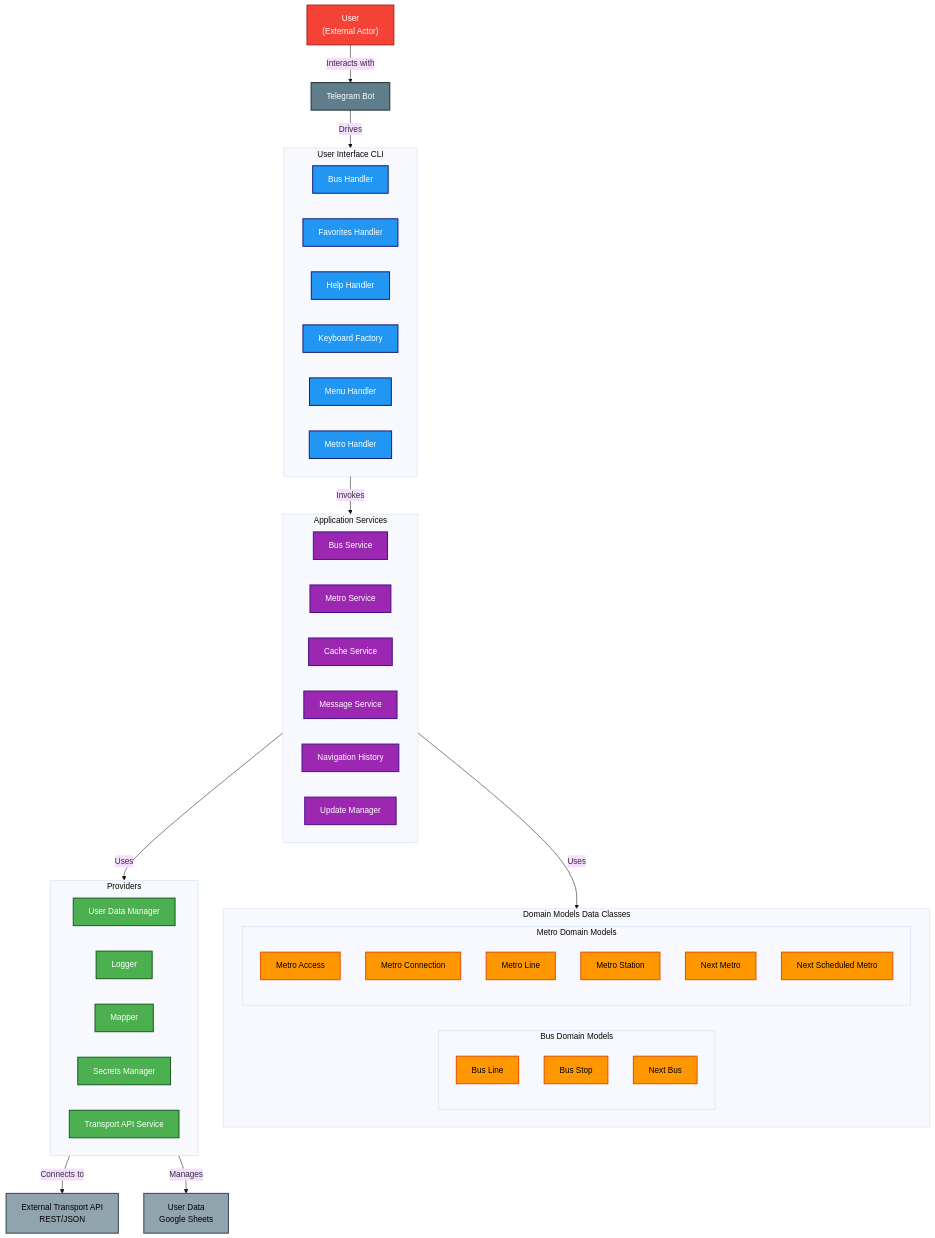
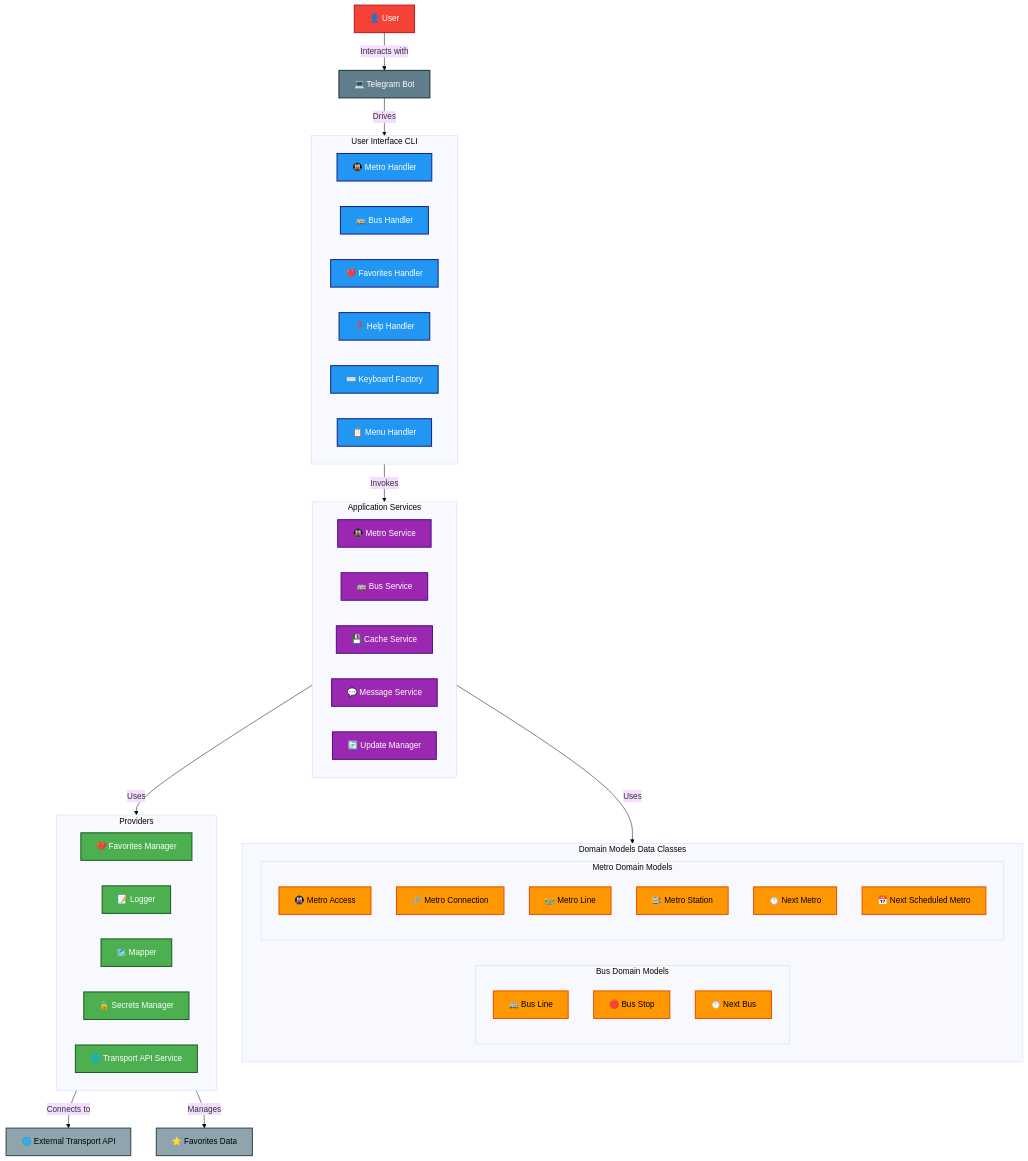
The diagram in README.md (mg-diego/BCN-Transit-Bot), drawn with Mermaid (base theme) before and after one commit. The commit also changed other lines of this file and 1 other file, not shown here.

Commit message:
Update diagram

````diff
--- a/README.md
+++ b/README.md
@@ -60,80 +60,77 @@
 ```mermaid
 graph TD
 
-    10["Telegram Bot"]
-    7["User<br>(External Actor)"]
-    8["External Transport API<br>REST/JSON"]
-    9["User Data<br>Google Sheets"]
+    10["💻 Telegram Bot"]
+    7["👤 User"]
+    8["🌐 External Transport API"]
+    9["⭐ Favorites Data"]
 
     subgraph 1["User Interface CLI"]
-        31["Bus Handler"]
-        32["Favorites Handler"]
-        33["Help Handler"]
-        34["Keyboard Factory"]
-        35["Menu Handler"]
-        36["Metro Handler"]
+        31["🚇 Metro Handler"]
+        32["🚌 Bus Handler"]
+        33["❤️ Favorites Handler"]
+        34["❓ Help Handler"]
+        35["⌨️ Keyboard Factory"]
+        36["📋 Menu Handler"]
     end
 
     subgraph 2["Providers"]
-        26["User Data Manager"]
-        27["Logger"]
-        28["Mapper"]
-        29["Secrets Manager"]
-        30["Transport API Service"]
+        26["❤️ Favorites Manager"]
+        27["📝 Logger"]
+        28["🗺️ Mapper"]
+        29["🔒 Secrets Manager"]
+        30["🌐 Transport API Service"]
     end
 
     subgraph 3["Domain Models Data Classes"]
         subgraph 4["Metro Domain Models"]
-            20["Metro Access"]
-            21["Metro Connection"]
-            22["Metro Line"]
-            23["Metro Station"]
-            24["Next Metro"]
-            25["Next Scheduled Metro"]
+            20["🚇 Metro Access"]
+            21["🔗 Metro Connection"]
+            22["🛤️ Metro Line"]
+            23["🚉 Metro Station"]
+            24["⏱️ Next Metro"]
+            25["📅 Next Scheduled Metro"]
         end
         subgraph 5["Bus Domain Models"]
-            17["Bus Line"]
-            18["Bus Stop"]
-            19["Next Bus"]
+            17["🚌 Bus Line"]
+            18["🛑 Bus Stop"]
+            19["⏱️ Next Bus"]
         end
     end
 
     subgraph 6["Application Services"]
-        11["Bus Service"]
-        12["Metro Service"]
-        13["Cache Service"]
-        14["Message Service"]
-        15["Navigation History"]
-        16["Update Manager"]
+        11["🚇 Metro Service"]
+        12["🚌 Bus Service"]
+        13["💾 Cache Service"]
+        14["💬 Message Service"]
+        15["🔄 Update Manager"]
     end
 
     %% Edges
     10 -->|Drives| 1
     6 -->|Uses| 2
     6 -->|Uses| 3
     1 -->|Invokes| 6
     2 -->|Connects to| 8
     2 -->|Manages| 9
     7 -->|Interacts with| 10
 
-    %% =============================
-    %% Classes & Colors (only boxes)
-    %% =============================
+    %% Classes & Colors
     classDef ui fill:#2196f3,color:#fff,stroke:#1a237e,stroke-width:2px;
     classDef providers fill:#4caf50,color:#fff,stroke:#1b5e20,stroke-width:2px;
     classDef domain fill:#ff9800,color:#000,stroke:#e65100,stroke-width:2px;
     classDef services fill:#9c27b0,color:#fff,stroke:#4a148c,stroke-width:2px;
     classDef external fill:#90a4ae,color:#000,stroke:#37474f,stroke-width:2px;
     classDef cli fill:#607d8b,color:#fff,stroke:#263238,stroke-width:2px;
     classDef actor fill:#f44336,color:#fff,stroke:#b71c1c,stroke-width:2px;
 
     %% Assign classes ONLY to internal boxes
     class 31,32,33,34,35,36 ui;
     class 26,27,28,29,30 providers;
     class 20,21,22,23,24,25,17,18,19 domain;
-    class 11,12,13,14,15,16 services;
+    class 11,12,13,14,15 services;
     class 8,9 external;
     class 10 cli;
     class 7 actor;
 
 ```
````
